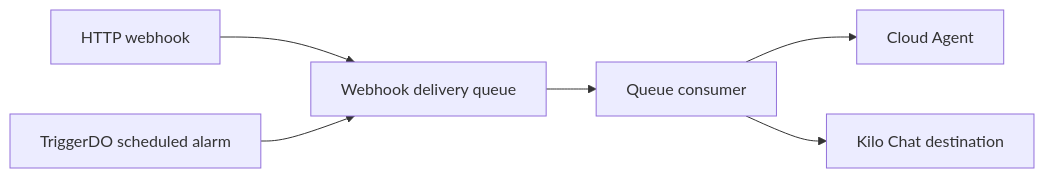
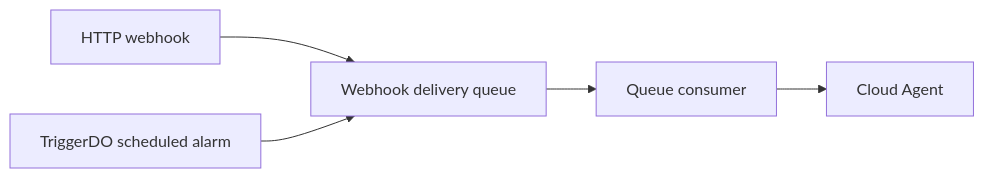
The second of 2 diagrams in packages/kilo-docs/pages/contributing/architecture/automation-services.md (Kilo-Org/kilocode), drawn with Mermaid before and after one commit. The commit also changed other lines of this file and 14 other files, not shown here.

````diff
--- a/packages/kilo-docs/pages/contributing/architecture/automation-services.md
+++ b/packages/kilo-docs/pages/contributing/architecture/automation-services.md
@@ -153,15 +148,13 @@
 ```mermaid
 flowchart LR
   http["HTTP webhook"]
   schedule["TriggerDO scheduled alarm"]
   queue["Webhook delivery queue"]
   consumer["Queue consumer"]
   agent["Cloud Agent"]
-  chat["Kilo Chat destination"]
 
   http --> queue
   schedule --> queue
   queue --> consumer
   consumer --> agent
-  consumer --> chat
 ```
````
